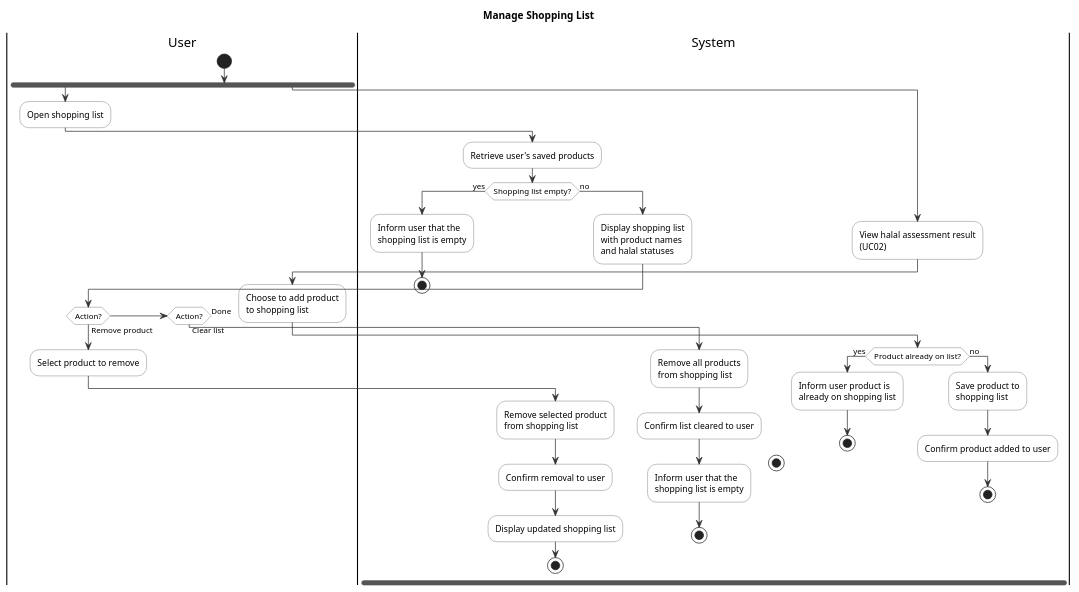
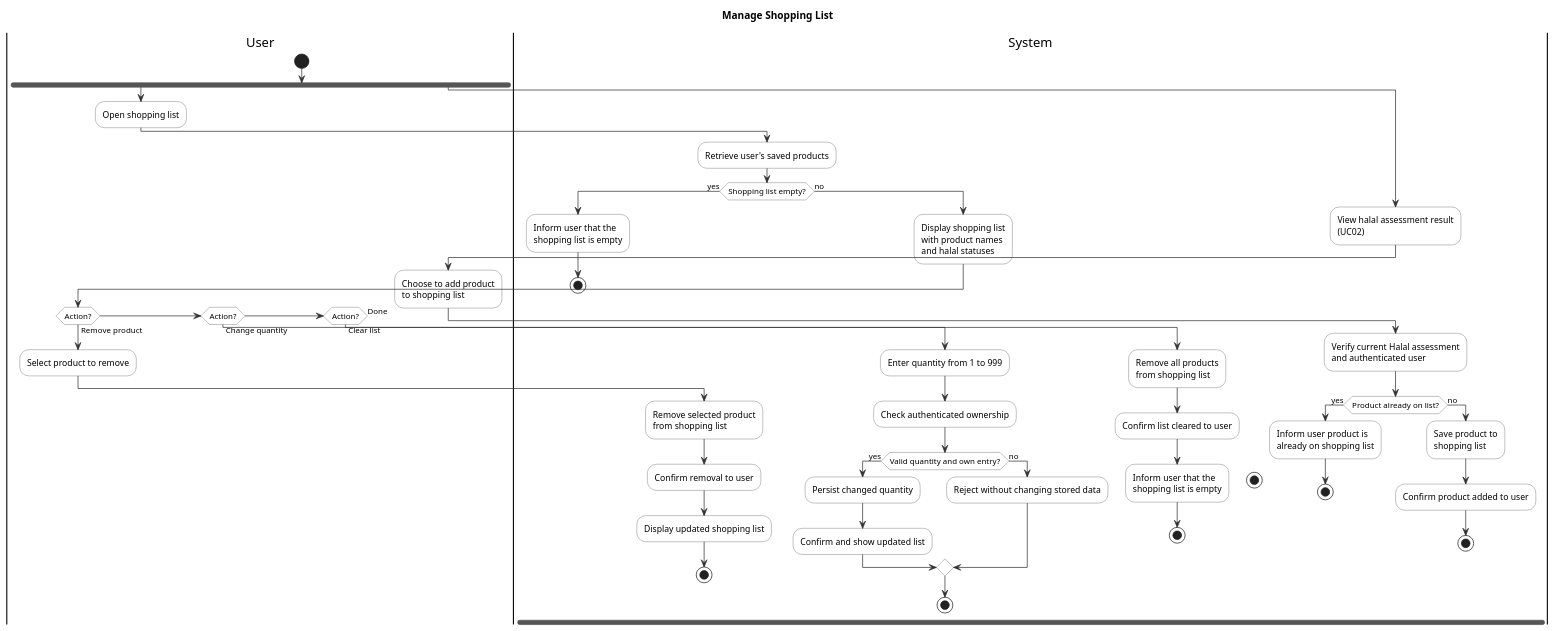
The diagram in docs/assets/plantuml-code/UC05-manage-shopping-list.puml (tameemraihan/EatingHalal), drawn with PlantUML before and after one commit. The commit also changed 95 other files, not shown here.

Commit message:
Implement local PostgreSQL CRUD and week 8 architecture deliverables

```diff
--- a/docs/assets/plantuml-code/UC05-manage-shopping-list.puml
+++ b/docs/assets/plantuml-code/UC05-manage-shopping-list.puml
@@ -1,75 +1,88 @@
-@startuml UC05_Manage_Shopping_List_Activity
+@startuml
 
 title Manage Shopping List
 
 skinparam shadowing false
 skinparam activity {
   BackgroundColor White
   BorderColor #555555
   ArrowColor #333333
 }
 
 |User|
 start
 
 fork
   :Open shopping list;
 
   |System|
   :Retrieve user's saved products;
 
   if (Shopping list empty?) then (yes)
     :Inform user that the
     shopping list is empty;
     stop
   else (no)
     :Display shopping list
     with product names
     and halal statuses;
 
     |User|
     if (Action?) then (Remove product)
       :Select product to remove;
 
       |System|
       :Remove selected product
       from shopping list;
       :Confirm removal to user;
       :Display updated shopping list;
       stop
+    else if (Action?) then (Change quantity)
+      :Enter quantity from 1 to 999;
+      |System|
+      :Check authenticated ownership;
+      if (Valid quantity and own entry?) then (yes)
+        :Persist changed quantity;
+        :Confirm and show updated list;
+      else (no)
+        :Reject without changing stored data;
+      endif
+      stop
     else if (Action?) then (Clear list)
       |System|
       :Remove all products
       from shopping list;
       :Confirm list cleared to user;
       :Inform user that the
       shopping list is empty;
       stop
     else (Done)
       stop
     endif
   endif
 
 fork again
   :View halal assessment result
   (UC02);
 
   |User|
   :Choose to add product
   to shopping list;
 
   |System|
+  :Verify current Halal assessment
+and authenticated user;
   if (Product already on list?) then (yes)
     :Inform user product is
     already on shopping list;
     stop
   else (no)
     :Save product to
     shopping list;
     :Confirm product added to user;
     stop
   endif
 
 end fork
 
 @enduml
```
